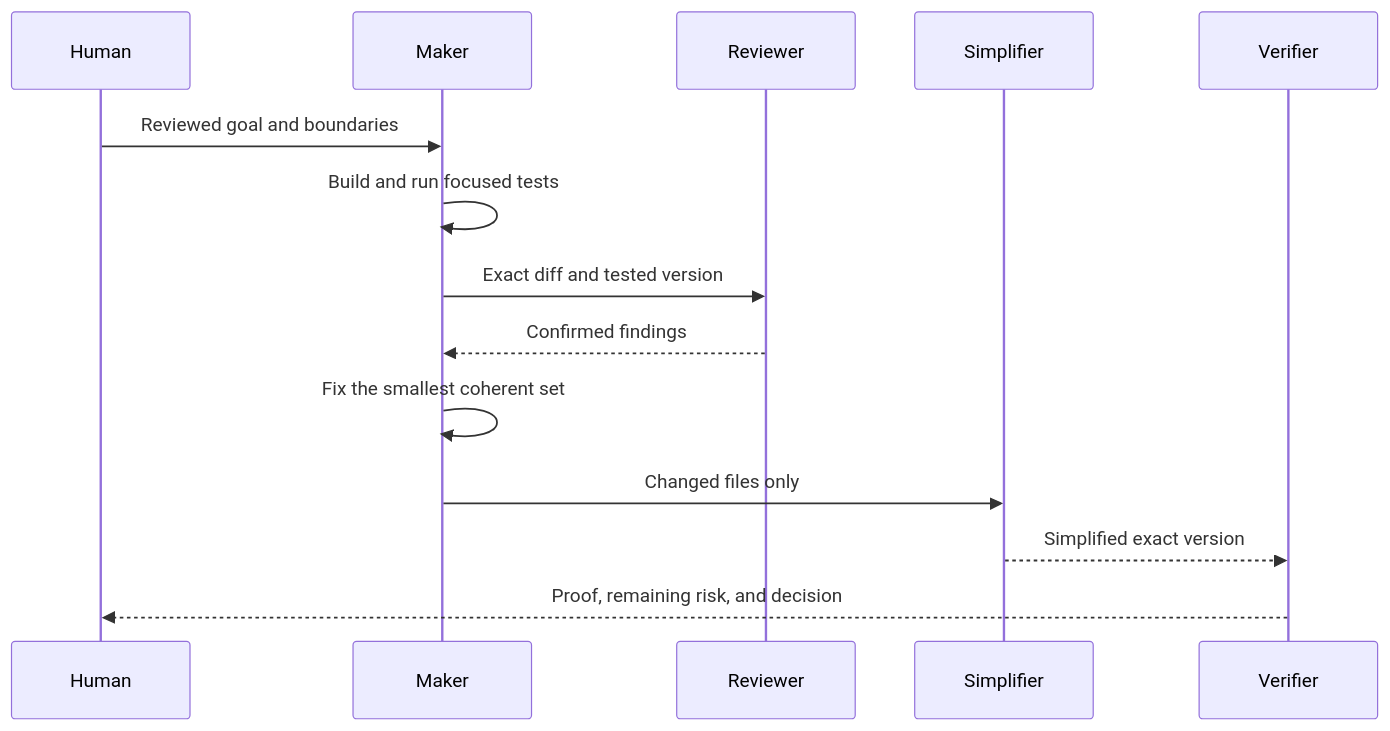
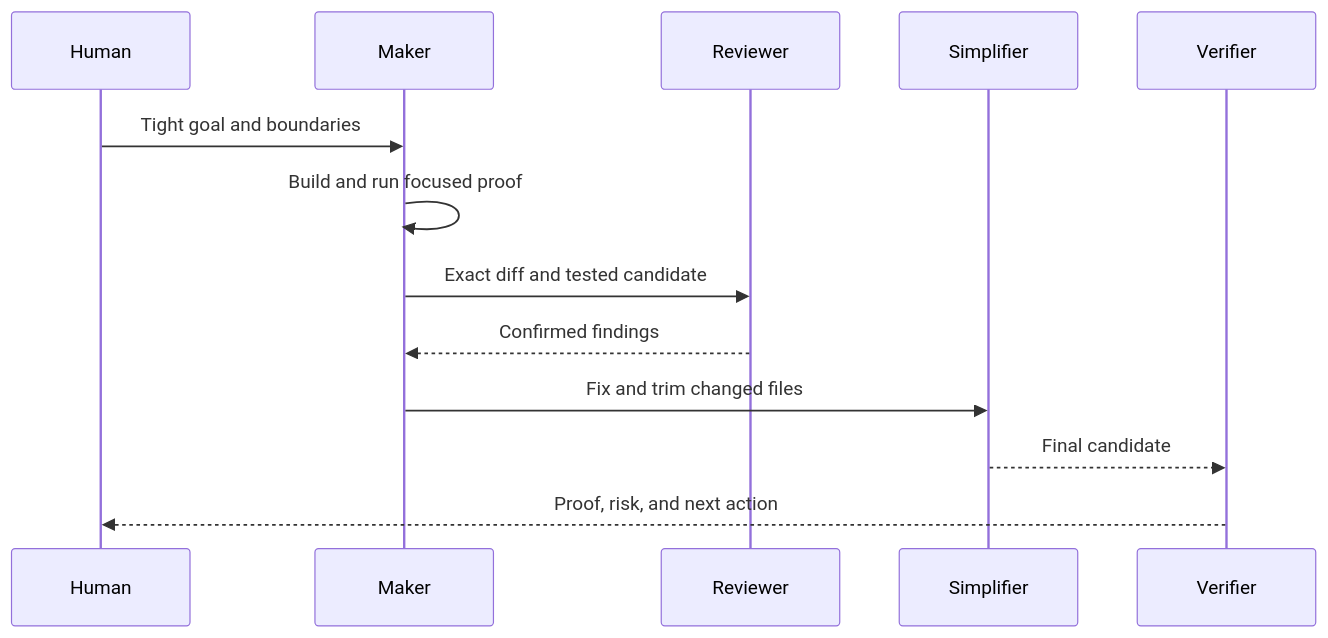
One commit to sabirmgd/terminal-first-goal-loop changed the seventh of 10 diagrams in docs/playbooks.md. Above: the diagram before and after it, drawn with Mermaid. The commit also changed other lines of this file and 33 other files, not shown here.

````diff
--- a/docs/playbooks.md
+++ b/docs/playbooks.md
@@ -108,17 +124,16 @@
 ```mermaid
 sequenceDiagram
     participant H as Human
     participant M as Maker
     participant R as Reviewer
     participant S as Simplifier
     participant V as Verifier
 
-    H->>M: Reviewed goal and boundaries
-    M->>M: Build and run focused tests
-    M->>R: Exact diff and tested version
+    H->>M: Tight goal and boundaries
+    M->>M: Build and run focused proof
+    M->>R: Exact diff and tested candidate
     R-->>M: Confirmed findings
-    M->>M: Fix the smallest coherent set
-    M->>S: Changed files only
-    S-->>V: Simplified exact version
-    V-->>H: Proof, remaining risk, and decision
+    M->>S: Fix and trim changed files
+    S-->>V: Final candidate
+    V-->>H: Proof, risk, and next action
 ```
````
